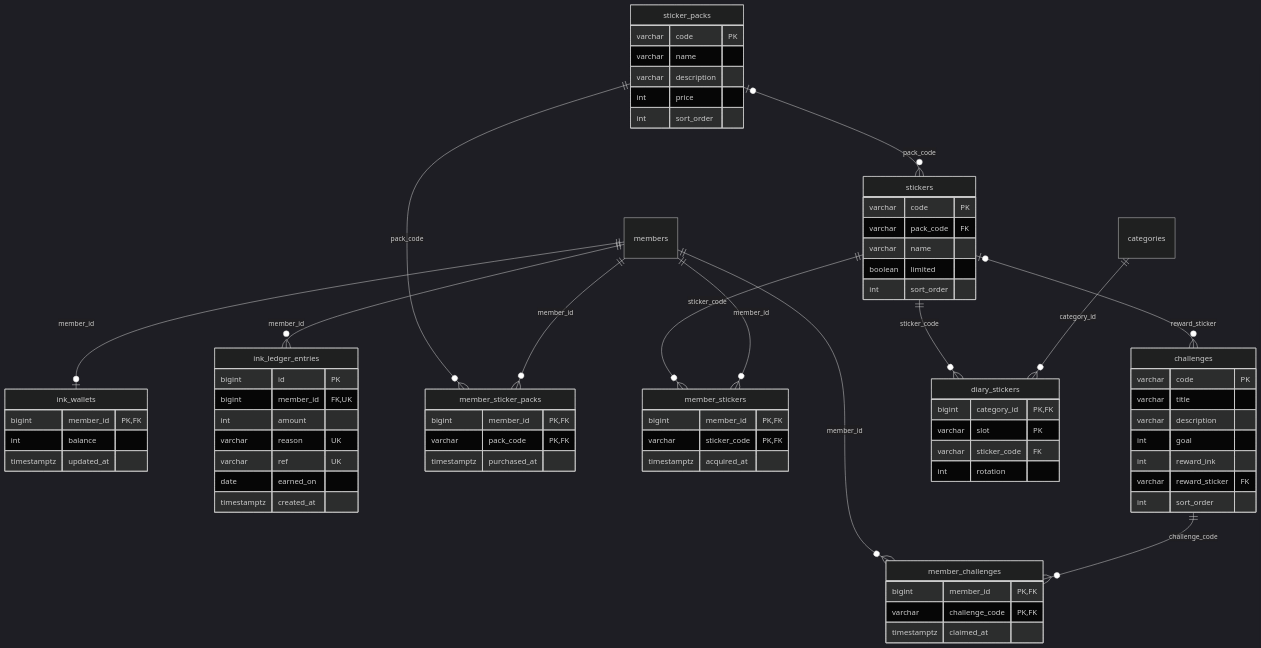
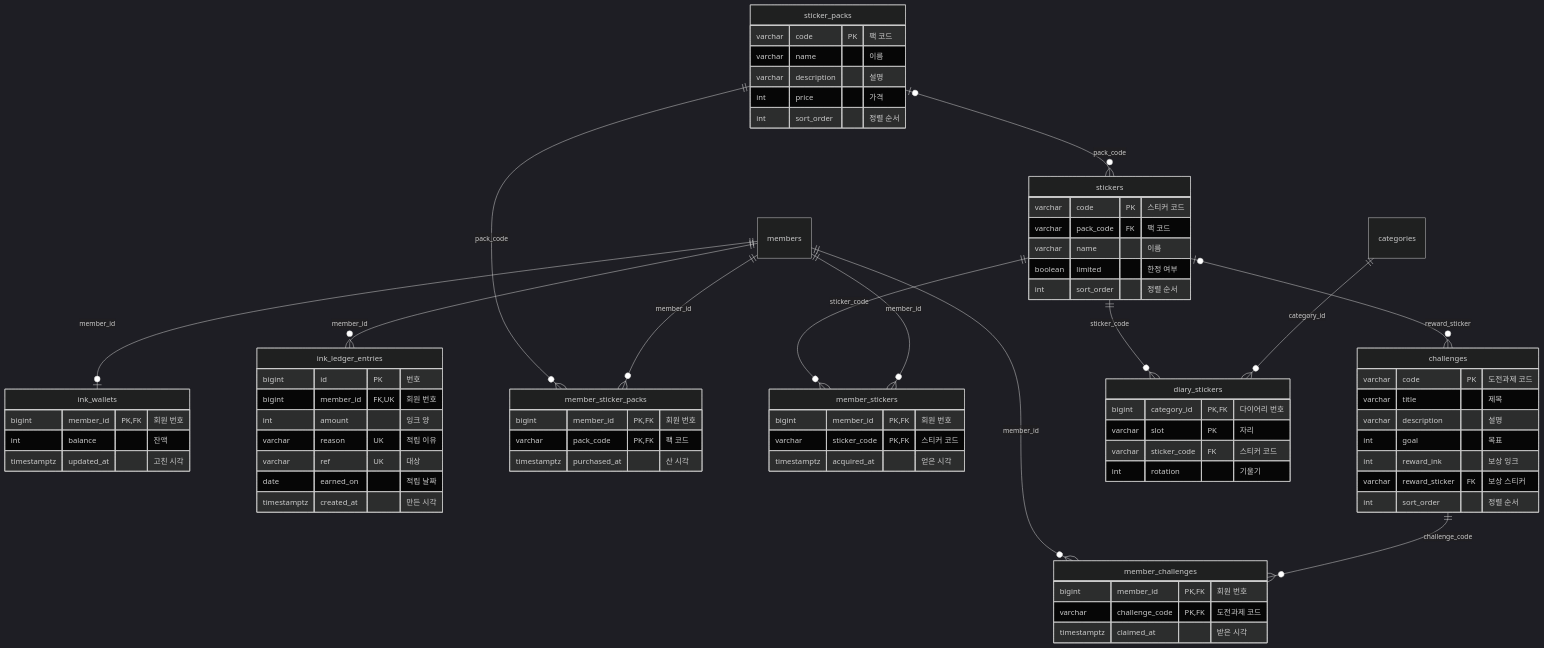
One commit to home-my-blog/docs changed the fifth of 6 diagrams in docs/설계/ERD.md. Above: the diagram before and after it, drawn with Mermaid (dark theme). The commit also changed other lines of this file, not shown here.

````diff
--- a/docs/설계/ERD.md
+++ b/docs/설계/ERD.md
@@ -528,73 +560,73 @@
 ```mermaid
 erDiagram
     ink_wallets {
-        bigint member_id PK,FK
-        int balance
-        timestamptz updated_at
+        bigint member_id PK,FK "회원 번호"
+        int balance "잔액"
+        timestamptz updated_at "고친 시각"
     }
     ink_ledger_entries {
-        bigint id PK
-        bigint member_id FK,UK
-        int amount
-        varchar reason UK
-        varchar ref UK
-        date earned_on
-        timestamptz created_at
+        bigint id PK "번호"
+        bigint member_id FK,UK "회원 번호"
+        int amount "잉크 양"
+        varchar reason UK "적립 이유"
+        varchar ref UK "대상"
+        date earned_on "적립 날짜"
+        timestamptz created_at "만든 시각"
     }
     sticker_packs {
-        varchar code PK
-        varchar name
-        varchar description
-        int price
-        int sort_order
+        varchar code PK "팩 코드"
+        varchar name "이름"
+        varchar description "설명"
+        int price "가격"
+        int sort_order "정렬 순서"
     }
     stickers {
-        varchar code PK
-        varchar pack_code FK
-        varchar name
-        boolean limited
-        int sort_order
+        varchar code PK "스티커 코드"
+        varchar pack_code FK "팩 코드"
+        varchar name "이름"
+        boolean limited "한정 여부"
+        int sort_order "정렬 순서"
     }
     member_sticker_packs {
-        bigint member_id PK,FK
-        varchar pack_code PK,FK
-        timestamptz purchased_at
+        bigint member_id PK,FK "회원 번호"
+        varchar pack_code PK,FK "팩 코드"
+        timestamptz purchased_at "산 시각"
     }
     member_stickers {
-        bigint member_id PK,FK
-        varchar sticker_code PK,FK
-        timestamptz acquired_at
+        bigint member_id PK,FK "회원 번호"
+        varchar sticker_code PK,FK "스티커 코드"
+        timestamptz acquired_at "얻은 시각"
     }
     challenges {
-        varchar code PK
-        varchar title
-        varchar description
-        int goal
-        int reward_ink
-        varchar reward_sticker FK
-        int sort_order
+        varchar code PK "도전과제 코드"
+        varchar title "제목"
+        varchar description "설명"
+        int goal "목표"
+        int reward_ink "보상 잉크"
+        varchar reward_sticker FK "보상 스티커"
+        int sort_order "정렬 순서"
     }
     member_challenges {
-        bigint member_id PK,FK
-        varchar challenge_code PK,FK
-        timestamptz claimed_at
+        bigint member_id PK,FK "회원 번호"
+        varchar challenge_code PK,FK "도전과제 코드"
+        timestamptz claimed_at "받은 시각"
     }
     diary_stickers {
-        bigint category_id PK,FK
-        varchar slot PK
-        varchar sticker_code FK
-        int rotation
+        bigint category_id PK,FK "다이어리 번호"
+        varchar slot PK "자리"
+        varchar sticker_code FK "스티커 코드"
+        int rotation "기울기"
     }
     stickers |o--o{ challenges : "reward_sticker"
     categories ||--o{ diary_stickers : "category_id"
     stickers ||--o{ diary_stickers : "sticker_code"
     members ||--o{ ink_ledger_entries : "member_id"
     members ||--o| ink_wallets : "member_id"
     challenges ||--o{ member_challenges : "challenge_code"
     members ||--o{ member_challenges : "member_id"
     members ||--o{ member_sticker_packs : "member_id"
     sticker_packs ||--o{ member_sticker_packs : "pack_code"
     members ||--o{ member_stickers : "member_id"
     stickers ||--o{ member_stickers : "sticker_code"
     sticker_packs |o--o{ stickers : "pack_code"
 ```
````
